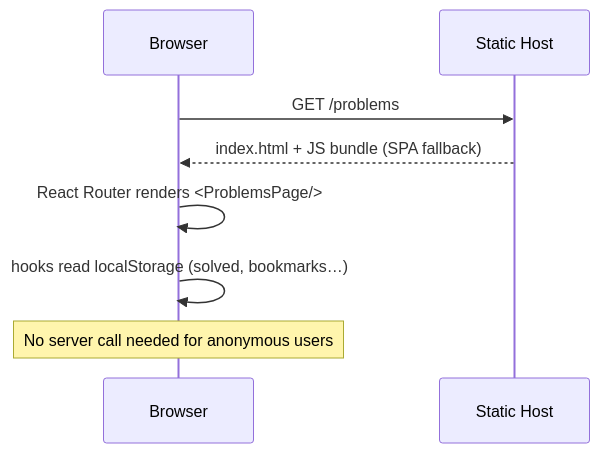
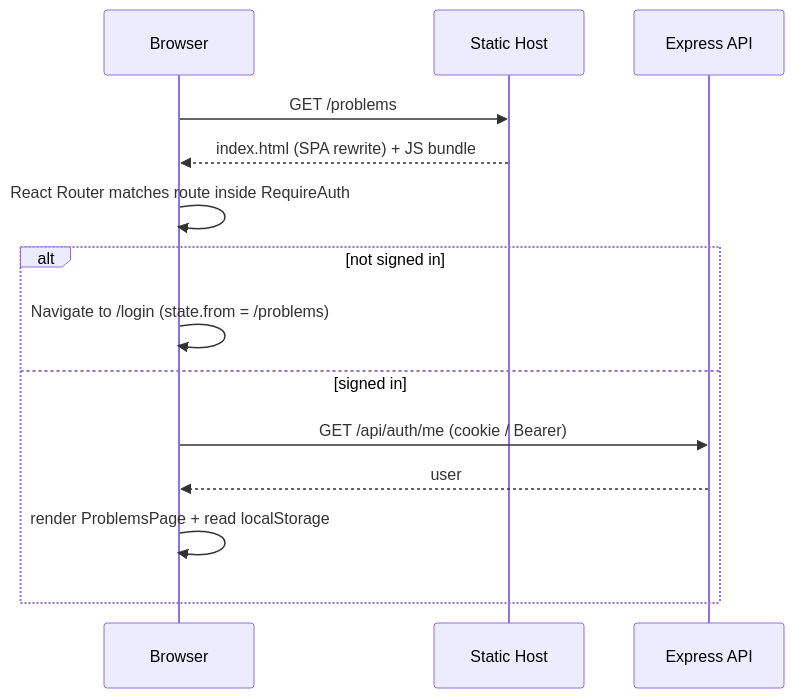
Before and after one commit to Sarvesh-Shelgaonkar/DSA-OWN: the second of 4 diagrams in docs/01-architecture.md, drawn with Mermaid. The commit also changed other lines of this file and 13 other files, not shown here.

````diff
--- a/docs/01-architecture.md
+++ b/docs/01-architecture.md
@@ -56,10 +57,16 @@
 ```mermaid
 sequenceDiagram
     participant B as Browser
     participant H as Static Host
+    participant API as Express API
     B->>H: GET /problems
-    H-->>B: index.html + JS bundle (SPA fallback)
-    B->>B: React Router renders <ProblemsPage/>
-    B->>B: hooks read localStorage (solved, bookmarks…)
-    Note over B: No server call needed for anonymous users
+    H-->>B: index.html (SPA rewrite) + JS bundle
+    B->>B: React Router matches route inside RequireAuth
+    alt not signed in
+        B->>B: Navigate to /login (state.from = /problems)
+    else signed in
+        B->>API: GET /api/auth/me (cookie / Bearer)
+        API-->>B: user
+        B->>B: render ProblemsPage + read localStorage
+    end
 ```
````
